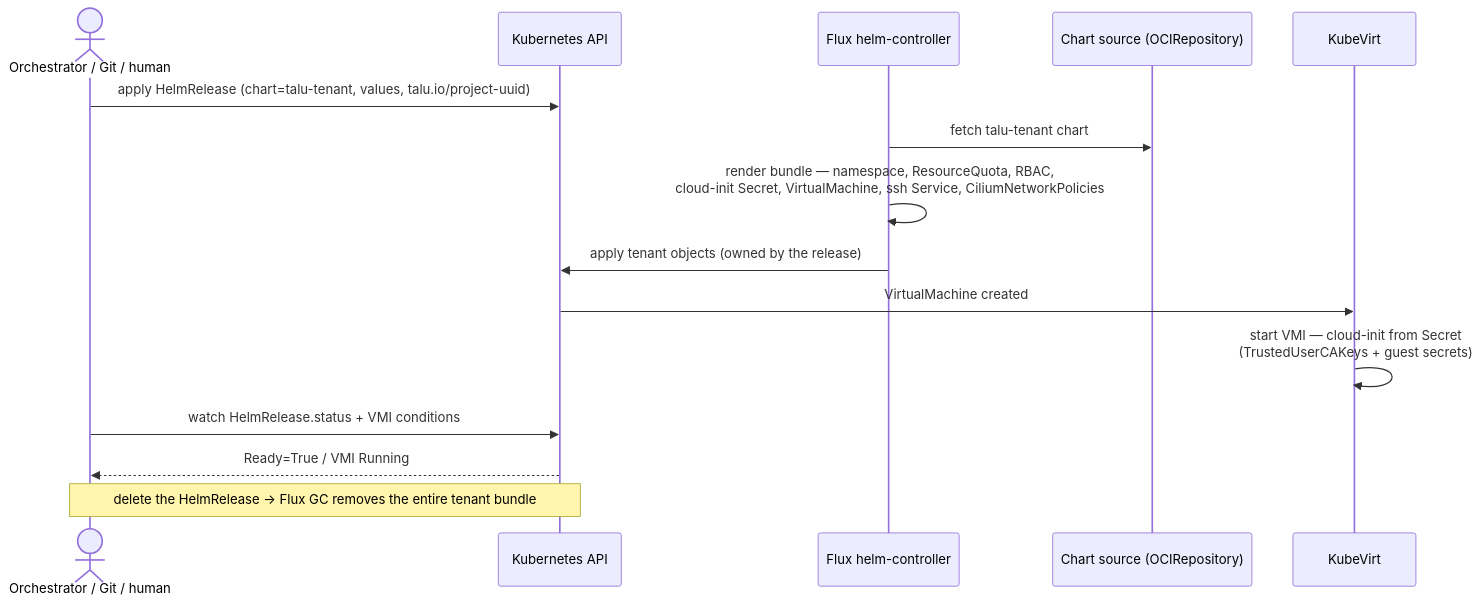
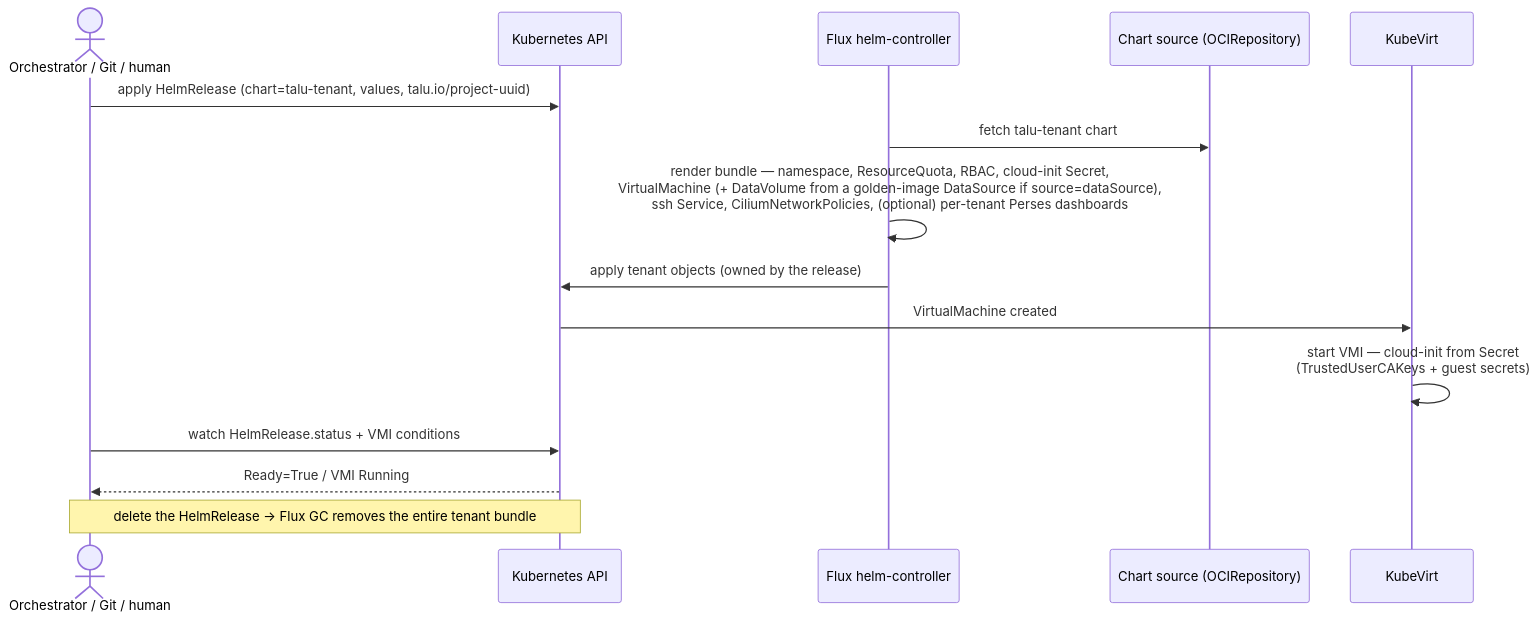
The first of 3 diagrams in docs/architecture/flows.md (livenson/talu), drawn with Mermaid before and after one commit. The commit also changed 3 other files, not shown here.

First line of the commit message:
docs: architecture/flows for images + dashboards; correct NodePort-from-host claim

````diff
--- a/docs/architecture/flows.md
+++ b/docs/architecture/flows.md
@@ -17,18 +17,18 @@
 ```mermaid
 sequenceDiagram
     actor O as Orchestrator / Git / human
     participant API as Kubernetes API
     participant F as Flux helm-controller
     participant SRC as Chart source (OCIRepository)
     participant KV as KubeVirt
 
     O->>API: apply HelmRelease (chart=talu-tenant, values, talu.io/project-uuid)
     F->>SRC: fetch talu-tenant chart
-    F->>F: render bundle — namespace, ResourceQuota, RBAC,<br/>cloud-init Secret, VirtualMachine, ssh Service, CiliumNetworkPolicies
+    F->>F: render bundle — namespace, ResourceQuota, RBAC, cloud-init Secret,<br/>VirtualMachine (+ DataVolume from a golden-image DataSource if source=dataSource),<br/>ssh Service, CiliumNetworkPolicies, (optional) per-tenant Perses dashboards
     F->>API: apply tenant objects (owned by the release)
     API->>KV: VirtualMachine created
     KV->>KV: start VMI — cloud-init from Secret<br/>(TrustedUserCAKeys + guest secrets)
     O->>API: watch HelmRelease.status + VMI conditions
     API-->>O: Ready=True / VMI Running
     Note over O,API: delete the HelmRelease → Flux GC removes the entire tenant bundle
 ```
````
